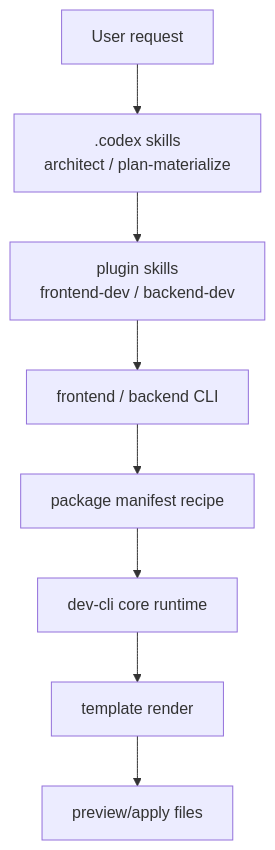
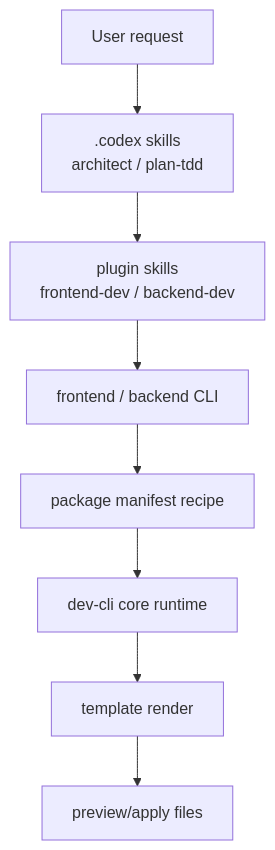
Before and after one commit to SeoJaeWan/try-claude-code: the ninth of 14 diagrams in docs/claude-code-workflow-evolution.md, drawn with Mermaid. The commit also changed other lines of this file and 88 other files, not shown here.

First line of the commit message:
docs(codex): rename plan wiki and tdd workflow

````diff
--- a/docs/claude-code-workflow-evolution.md
+++ b/docs/claude-code-workflow-evolution.md
@@ -452,13 +452,13 @@
 ```mermaid
 flowchart TD
     U["User request"]
-    PLAN[".codex skills<br/>architect / plan-materialize"]
+    PLAN[".codex skills<br/>architect / plan-tdd"]
     PSK["plugin skills<br/>frontend-dev / backend-dev"]
     CLI["frontend / backend CLI"]
     MANIFEST["package manifest recipe"]
     CORE["dev-cli core runtime"]
     TEMPLATE["template render"]
     OUT["preview/apply files"]
 
     U --> PLAN --> PSK --> CLI --> MANIFEST --> CORE --> TEMPLATE --> OUT
 ```
````
